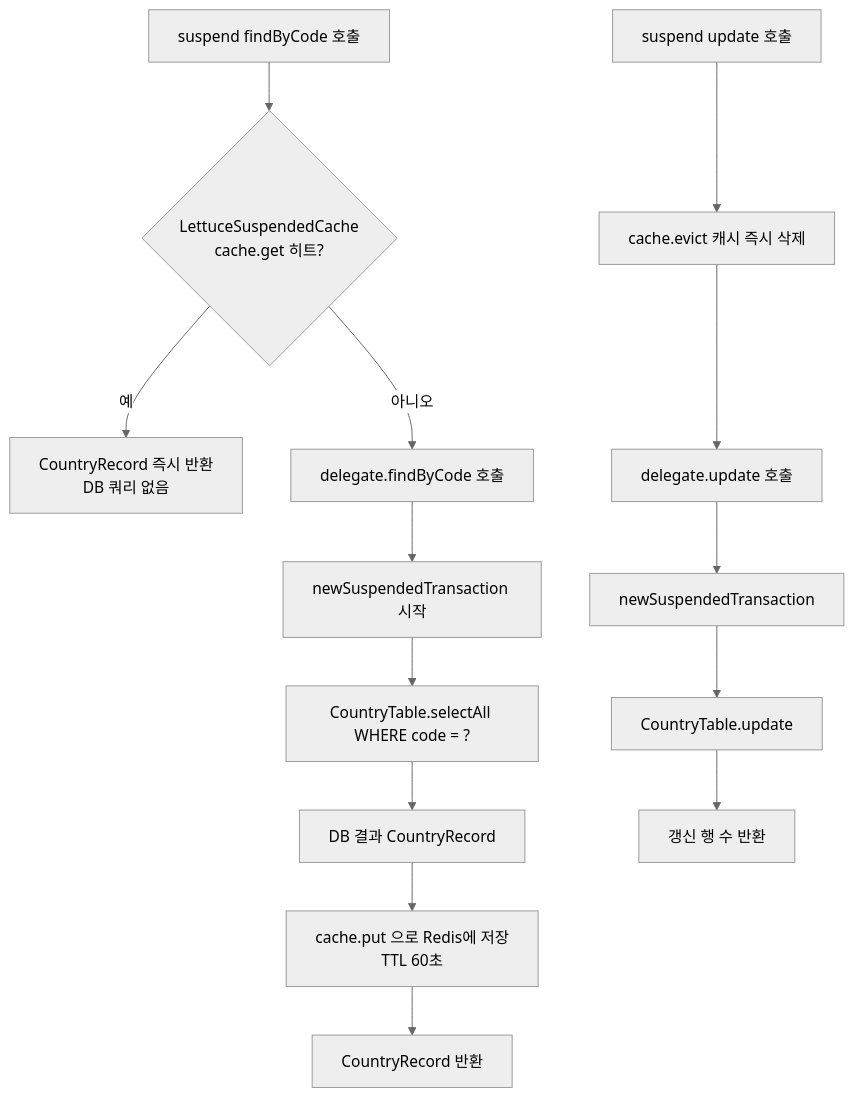
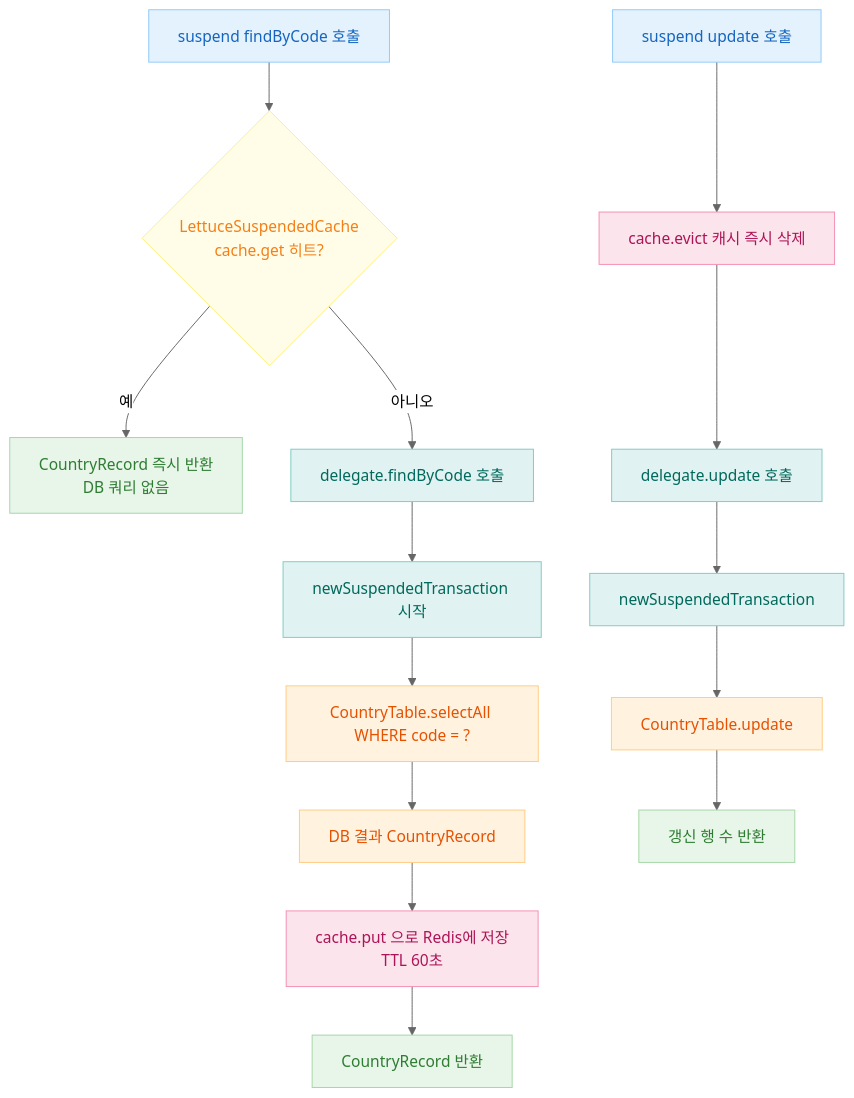
The third of 4 diagrams in 09-spring/07-spring-suspended-cache/README.md (bluetape4k/exposed-workshop), drawn with Mermaid (neutral theme) before and after one commit. The commit also changed other lines of this file and 56 other files, not shown here.

First line of the commit message:
docs: 전체 README mermaid 다이어그램에 파스텔 톤 색상 적용

````diff
--- a/09-spring/07-spring-suspended-cache/README.md
+++ b/09-spring/07-spring-suspended-cache/README.md
@@ -167,17 +173,31 @@
 ```mermaid
 flowchart TD
     A[suspend findByCode 호출] --> B{LettuceSuspendedCache\ncache.get 히트?}
     B -- 예 --> C[CountryRecord 즉시 반환\nDB 쿼리 없음]
     B -- 아니오 --> D[delegate.findByCode 호출]
     D --> E[newSuspendedTransaction 시작]
     E --> F[CountryTable.selectAll WHERE code = ?]
     F --> G[DB 결과 CountryRecord]
     G --> H[cache.put 으로 Redis에 저장\nTTL 60초]
     H --> I[CountryRecord 반환]
 
     J[suspend update 호출] --> K[cache.evict 캐시 즉시 삭제]
     K --> L[delegate.update 호출]
     L --> M[newSuspendedTransaction]
     M --> N[CountryTable.update]
     N --> O[갱신 행 수 반환]
+
+    classDef blue fill:#E3F2FD,stroke:#90CAF9,color:#1565C0
+    classDef green fill:#E8F5E9,stroke:#A5D6A7,color:#2E7D32
+    classDef orange fill:#FFF3E0,stroke:#FFCC80,color:#E65100
+    classDef pink fill:#FCE4EC,stroke:#F48FB1,color:#AD1457
+    classDef yellow fill:#FFFDE7,stroke:#FFF176,color:#F57F17
+    classDef teal fill:#E0F2F1,stroke:#80CBC4,color:#00695C
+
+    class A,J blue
+    class B yellow
+    class C,I,O green
+    class D,E,L,M teal
+    class F,G,N orange
+    class H,K pink
 ```
````
